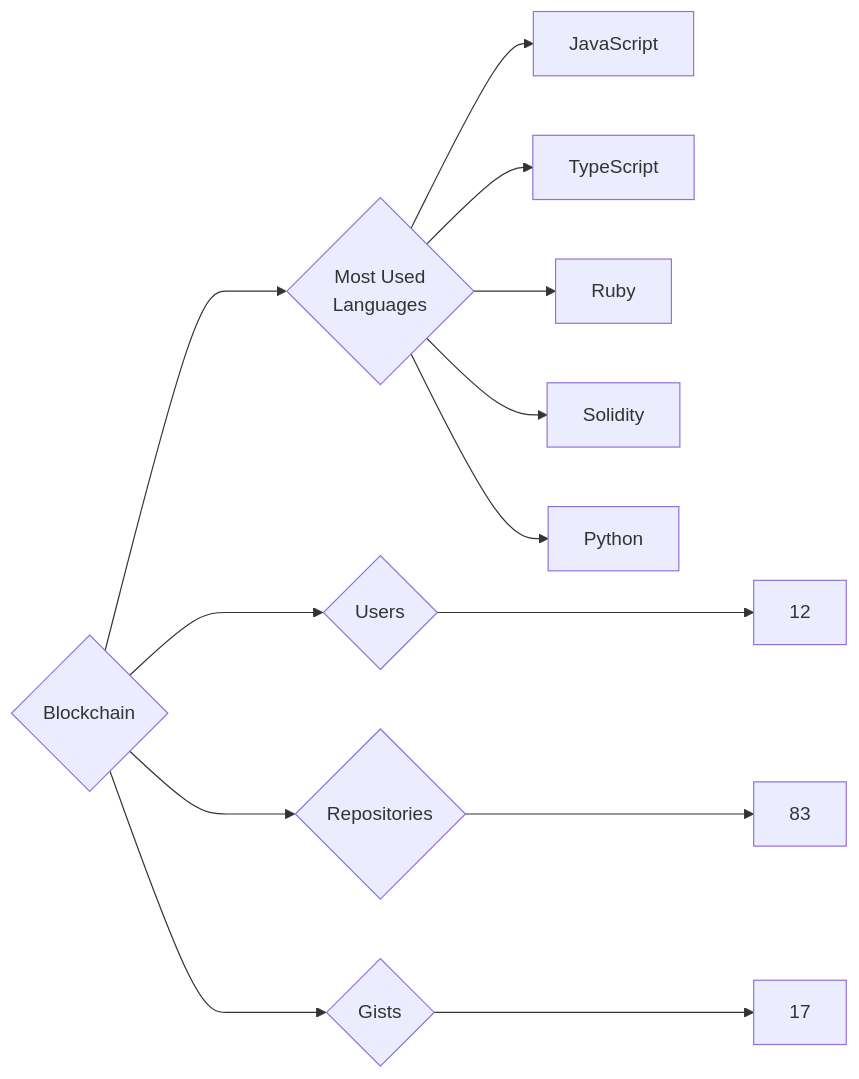
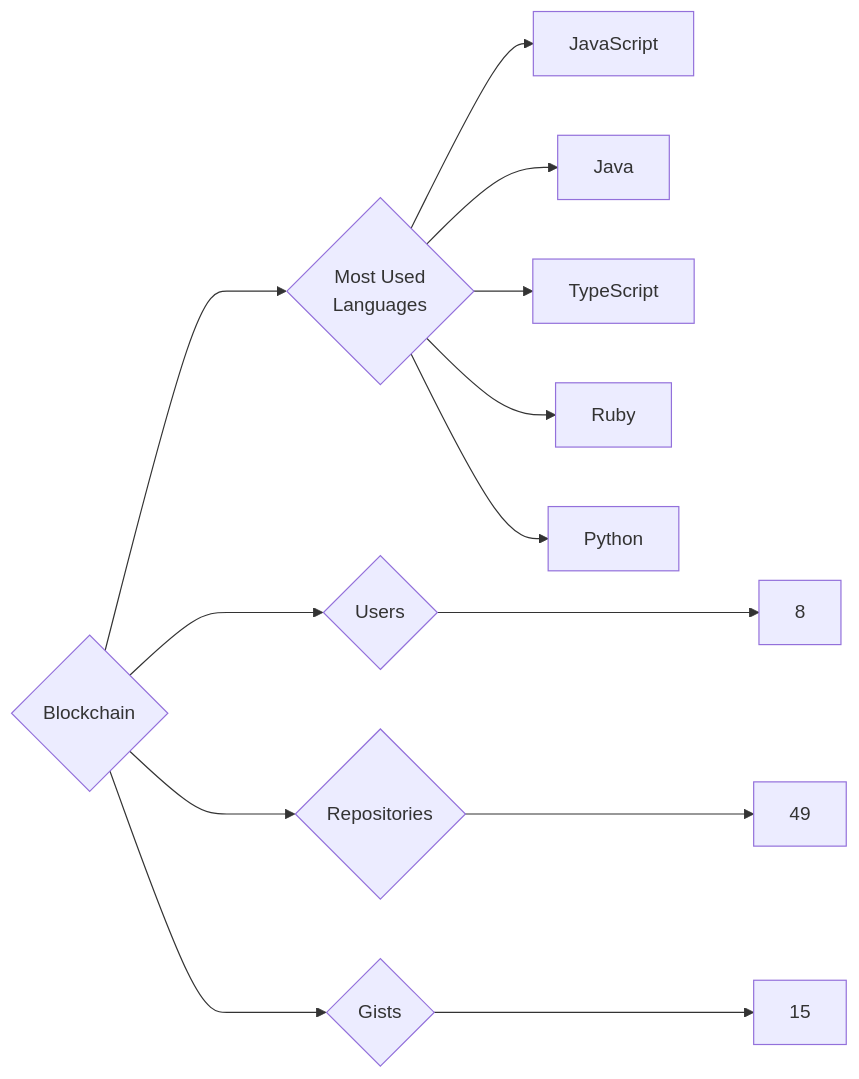
One commit to trickest/insiders changed the diagram in targets/Blockchain/README.md. Above: the diagram before and after it, drawn with Mermaid. The commit also changed 1141 other files, not shown here.

````diff
--- a/targets/Blockchain/README.md
+++ b/targets/Blockchain/README.md
@@ -3,13 +3,13 @@
 ```mermaid
 graph LR
 COMPANY_NAME{Blockchain}
-COMPANY_NAME ---> U{Users} ---> UN[12]
-COMPANY_NAME ---> R{Repositories} ---> RN[83]
-COMPANY_NAME ---> G{Gists} ---> GN[17]
+COMPANY_NAME ---> U{Users} ---> UN[8]
+COMPANY_NAME ---> R{Repositories} ---> RN[49]
+COMPANY_NAME ---> G{Gists} ---> GN[15]
 COMPANY_NAME ---> ML{Most Used<br>Languages}
 ML --> JavaScript[JavaScript]
+ML --> Java[Java]
 ML --> TypeScript[TypeScript]
 ML --> Ruby[Ruby]
-ML --> Solidity[Solidity]
 ML --> Python[Python]
 ```
````
